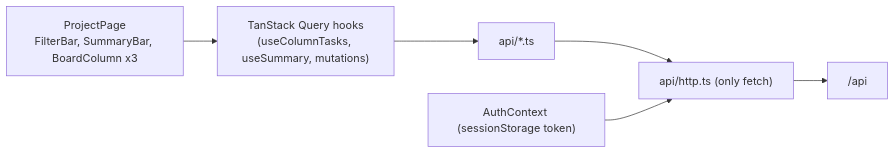
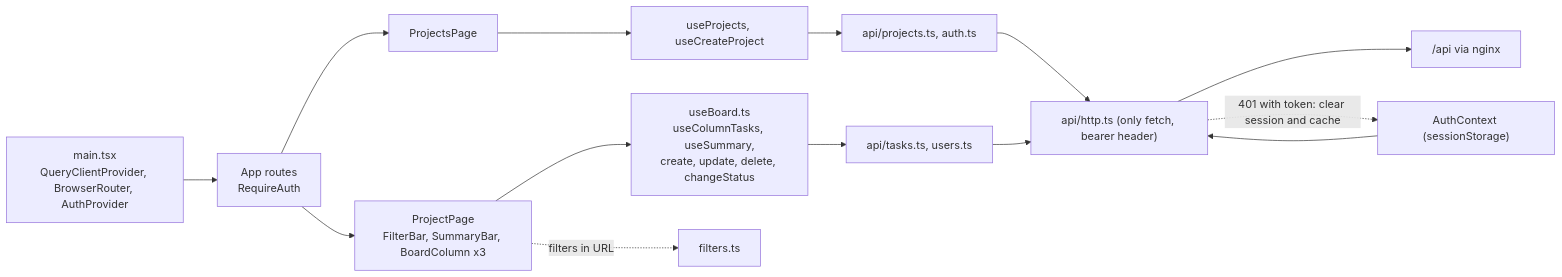
Diagram 13 of 14 in docs/diagrams/architecture.md (chaudhary-lakshay/taskflow), drawn with Mermaid before and after one commit. The commit also changed other lines of this file and 3 other files, not shown here.

Commit message:
docs: add as-built diagrams, fix stale status

````diff
--- a/docs/diagrams/architecture.md
+++ b/docs/diagrams/architecture.md
@@ -47,6 +414,15 @@
 ```mermaid
 flowchart LR
-  Page["ProjectPage\nFilterBar, SummaryBar, BoardColumn x3"] --> Hooks["TanStack Query hooks\n(useColumnTasks, useSummary, mutations)"]
-  Hooks --> Api["api/*.ts"] --> Http["api/http.ts (only fetch)"] --> Nginx["/api"]
-  Auth["AuthContext (sessionStorage token)"] --> Http
+  Main["main.tsx\nQueryClientProvider, BrowserRouter, AuthProvider"] --> App["App routes\nRequireAuth"]
+  App --> PP["ProjectsPage"] --> UP["useProjects, useCreateProject"]
+  App --> BP["ProjectPage\nFilterBar, SummaryBar, BoardColumn x3"]
+  BP --> UB["useBoard.ts\nuseColumnTasks, useSummary,\ncreate, update, delete, changeStatus"]
+  BP -. "filters in URL" .-> URL["filters.ts"]
+  UP --> API["api/projects.ts, auth.ts"]
+  UB --> API2["api/tasks.ts, users.ts"]
+  API --> H["api/http.ts (only fetch, bearer header)"]
+  API2 --> H
+  H --> Nginx["/api via nginx"]
+  AC["AuthContext (sessionStorage)"] --> H
+  H -. "401 with token: clear session and cache" .-> AC
 ```
````
